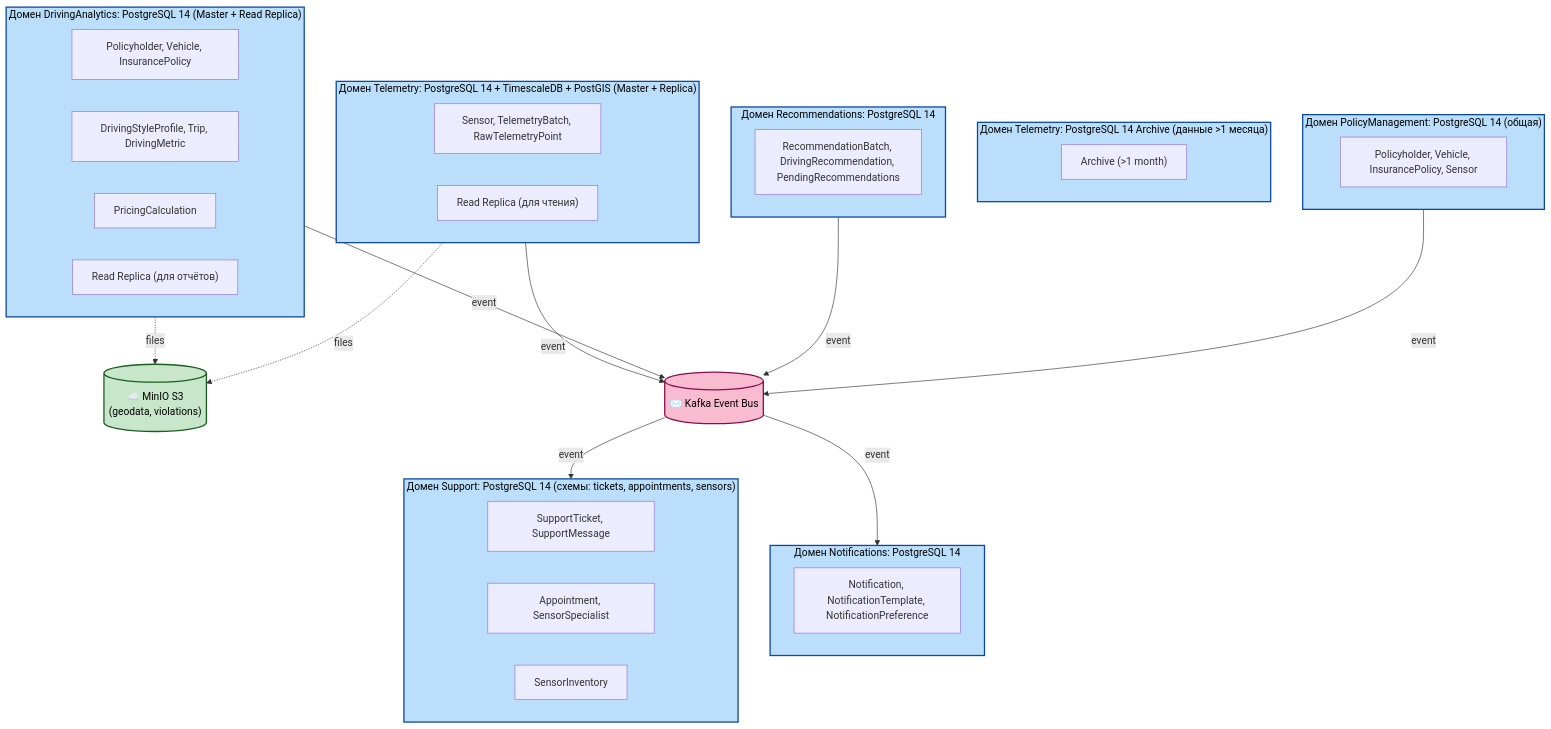
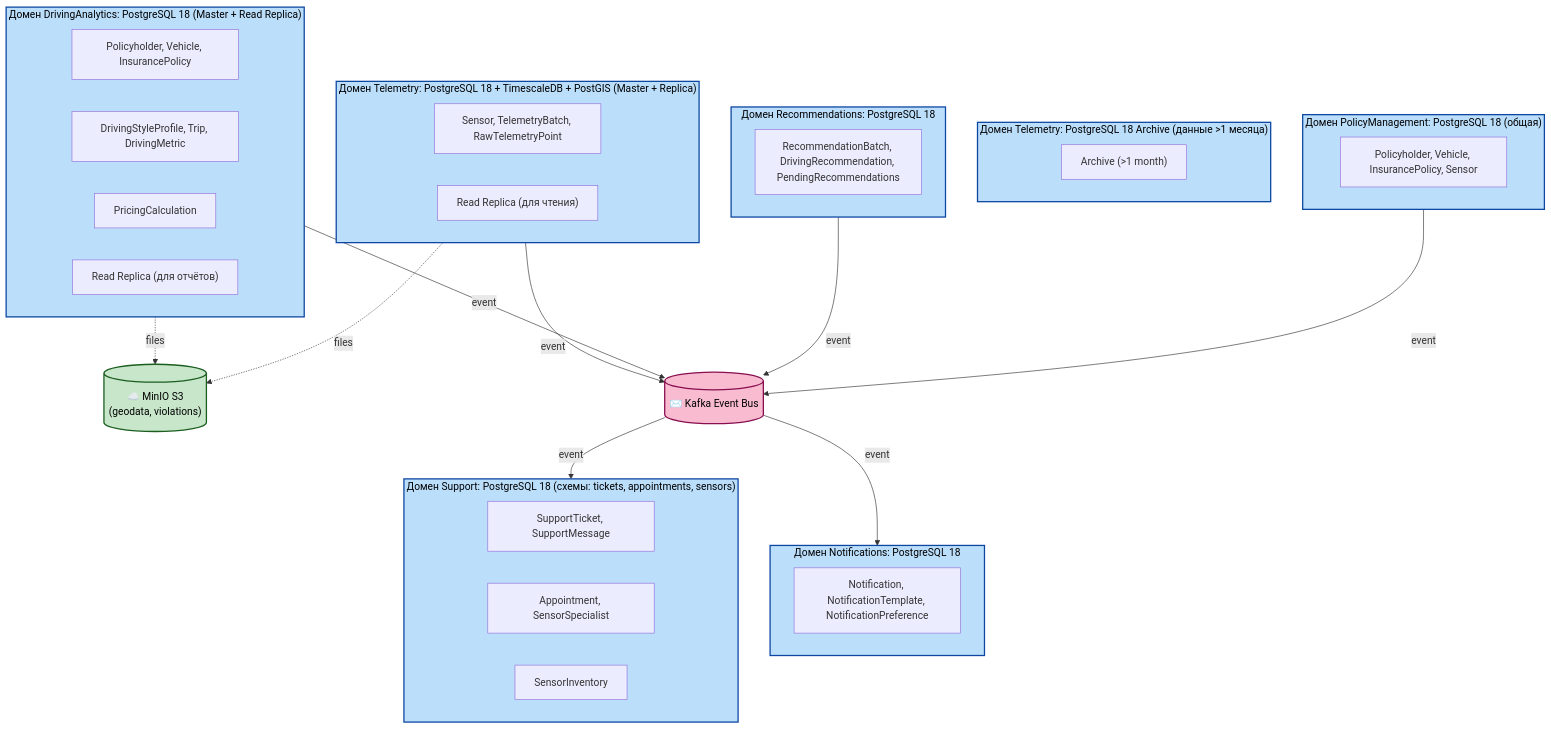
The fourth of 4 diagrams in README.md (deberezyuk/Project_SoftwareArchitectCourse), drawn with Mermaid before and after one commit. The commit also changed other lines of this file, not shown here.

````diff
--- a/README.md
+++ b/README.md
@@ -424,69 +425,69 @@
 ```mermaid
 graph TD
     %% Telemetry Domain
-    subgraph Telemetry["Домен Telemetry: PostgreSQL 14 + TimescaleDB + PostGIS (Master + Replica)"]
+    subgraph Telemetry["Домен Telemetry: PostgreSQL 18 + TimescaleDB + PostGIS (Master + Replica)"]
         T1["Sensor, TelemetryBatch, RawTelemetryPoint"]
         T2["Read Replica (для чтения)"]
     end
 
-    subgraph TelemetryArchive["Домен Telemetry: PostgreSQL 14 Archive (данные >1 месяца)"]
+    subgraph TelemetryArchive["Домен Telemetry: PostgreSQL 18 Archive (данные >1 месяца)"]
         Z1["Archive (>1 month)"]
     end
 
     %% DrivingAnalytics Domain
-    subgraph DrivingAnalytics["Домен DrivingAnalytics: PostgreSQL 14 (Master + Read Replica)"]
+    subgraph DrivingAnalytics["Домен DrivingAnalytics: PostgreSQL 18 (Master + Read Replica)"]
         D1["Policyholder, Vehicle, InsurancePolicy"]
         D2["DrivingStyleProfile, Trip, DrivingMetric"]
         D3["PricingCalculation"]
         D4["Read Replica (для отчётов)"]
     end
 
     %% PolicyManagement Domain
-    subgraph PolicyMgmt["Домен PolicyManagement: PostgreSQL 14 (общая)"]
+    subgraph PolicyMgmt["Домен PolicyManagement: PostgreSQL 18 (общая)"]
         P1["Policyholder, Vehicle, InsurancePolicy, Sensor"]
     end
 
     %% Support Domain
-    subgraph Support["Домен Support: PostgreSQL 14 (схемы: tickets, appointments, sensors)"]
+    subgraph Support["Домен Support: PostgreSQL 18 (схемы: tickets, appointments, sensors)"]
         S1["SupportTicket, SupportMessage"]
         S2["Appointment, SensorSpecialist"]
         S3["SensorInventory"]
     end
 
     %% Notifications
-    subgraph Notifications["Домен Notifications: PostgreSQL 14"]
+    subgraph Notifications["Домен Notifications: PostgreSQL 18"]
         N1["Notification, NotificationTemplate, NotificationPreference"]
     end
 
     %% Recommendations
-    subgraph Recommendations["Домен Recommendations: PostgreSQL 14"]
+    subgraph Recommendations["Домен Recommendations: PostgreSQL 18"]
         R1["RecommendationBatch, DrivingRecommendation, PendingRecommendations"]
     end
 
     %% MinIO
     MinIO[("☁️ MinIO S3\n(geodata, violations)")]
 
     %% Kafka
     Bus[("✉️ Kafka Event Bus")]
 
     %% Связи
     Telemetry -->|"event"| Bus
     DrivingAnalytics -->|"event"| Bus
     Bus -->|"event"| Support
     Bus -->|"event"| Notifications
     Recommendations -->|"event"| Bus
     DrivingAnalytics -.->|"files"| MinIO
     PolicyMgmt -->|"event"| Bus
     Telemetry -.->|"files"| MinIO
 
     %% Стили
     classDef db fill:#bbdefb,stroke:#0d47a1,stroke-width:2px,color:#000
     classDef replica fill:#fff9c4,stroke:#f57f17,stroke-width:2px,color:#000
     classDef archive fill:#e0e0e0,stroke:#424242,stroke-width:2px,color:#000
     classDef bus fill:#f8bbd0,stroke:#880e4f,stroke-width:2px,color:#000
     classDef minio fill:#c8e6c9,stroke:#1b5e20,stroke-width:2px,color:#000
 
     class Telemetry,TelemetryArchive,DrivingAnalytics,PolicyMgmt,Support,Notifications,Recommendations db
     class MinIO minio
     class Bus bus
 ```
````
